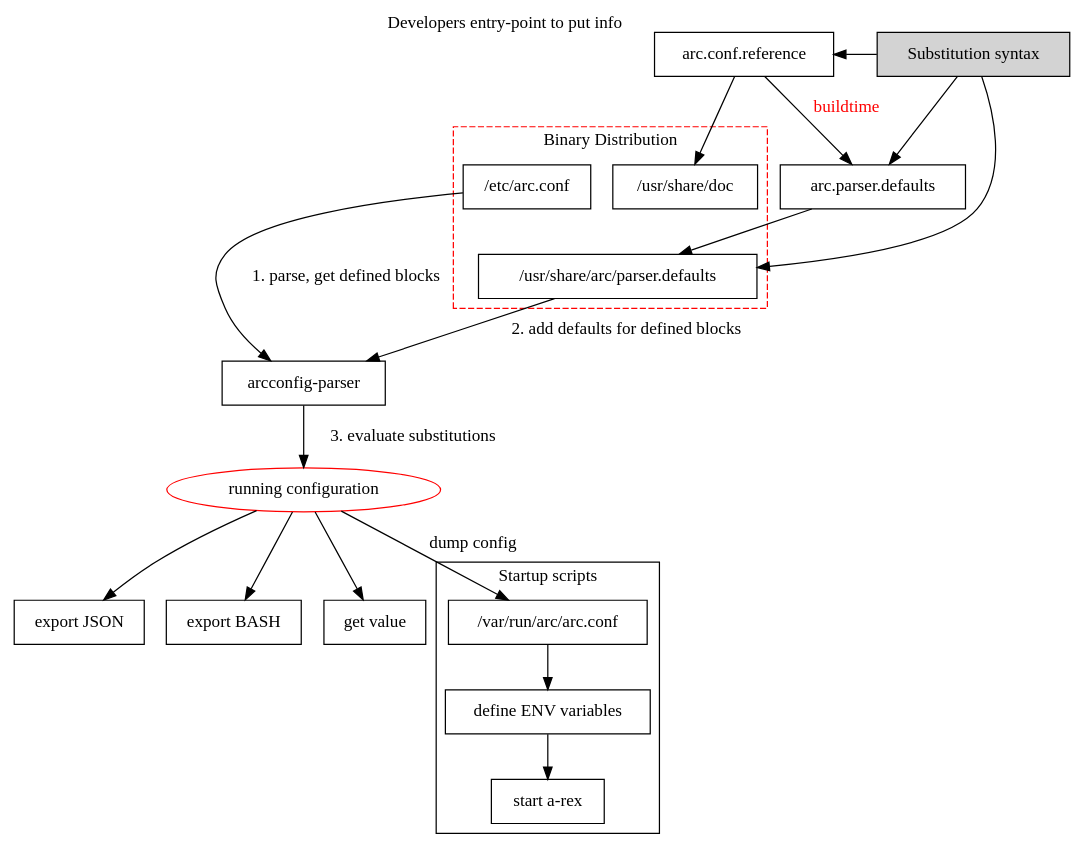
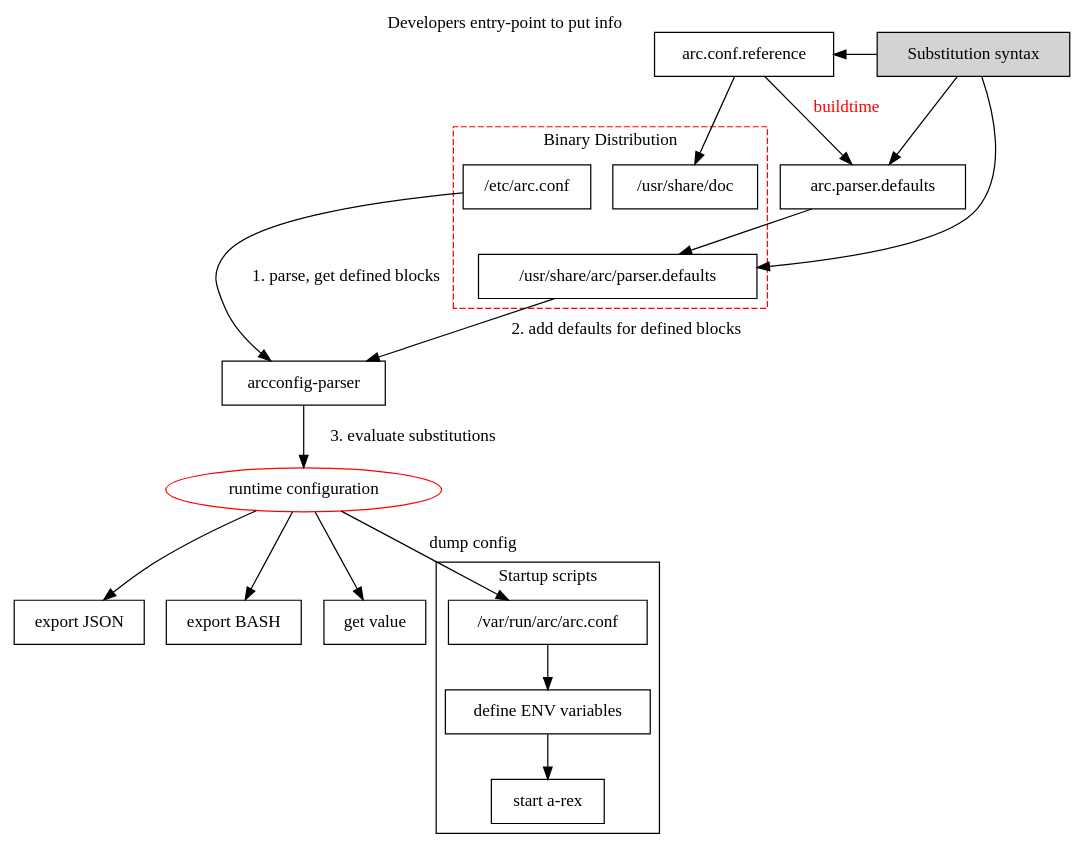
The diagram in src/utils/python/README.configparser.rst (nordugrid/arc), drawn with Graphviz before and after one commit. The commit also changed 1 other file, not shown here.

Commit message:
infosys startup scripts parser invokation changes

```diff
--- a/src/utils/python/README.configparser.rst
+++ b/src/utils/python/README.configparser.rst
@@ -106,53 +106,53 @@
 .. graphviz::
 
   digraph {
      node [shape=Rectangle];
      forcelabels=true;
      reference [label="arc.conf.reference", xlabel="Developers entry-point to put info"];
      subst [label="Substitution syntax", style=filled];
      reference -> subst [dir=back];
      {rank = same; subst; reference;}
      reference -> "arc.parser.defaults" [ label="buildtime", fontcolor=red ];
 
      subgraph cluster_0 {
         style = "dashed";
         color = "red";
         label = "Binary Distribution";
         doc [ label="/usr/share/doc" ];
         arcconf [ label="/etc/arc.conf"];
         defconf [ label="/usr/share/arc/parser.defaults" ];
         # hack rank
         arcconf -> defconf [style=invis];
      }
 
      reference -> doc;
      "arc.parser.defaults" -> defconf;
     
      subst -> "arc.parser.defaults"
      subst -> defconf;
 
      parser [ label="arcconfig-parser" ];
      arcconf -> parser [label="1. parse, get defined blocks"]
      defconf -> parser [label="2. add defaults for defined blocks"]
 
-     runconfig [ label="running configuration", shape=oval, color=red ]
+     runconfig [ label="runtime configuration", shape=oval, color=red ]
      parser -> runconfig [ label="3. evaluate substitutions" ]
 
      json [label="export JSON"]
      bash [label="export BASH"]
      check [label="get value"]
 
      runconfig -> json
      runconfig -> bash
      runconfig -> check
 
      subgraph cluster_1 {
        label = "Startup scripts"
        runconf [ label="/var/run/arc/arc.conf" ];
        define [ label="define ENV variables" ]
        arex [ label="start a-rex" ]
        runconf -> define -> arex
      }
 
      runconfig -> runconf [ label="dump config" ]
   }
```
